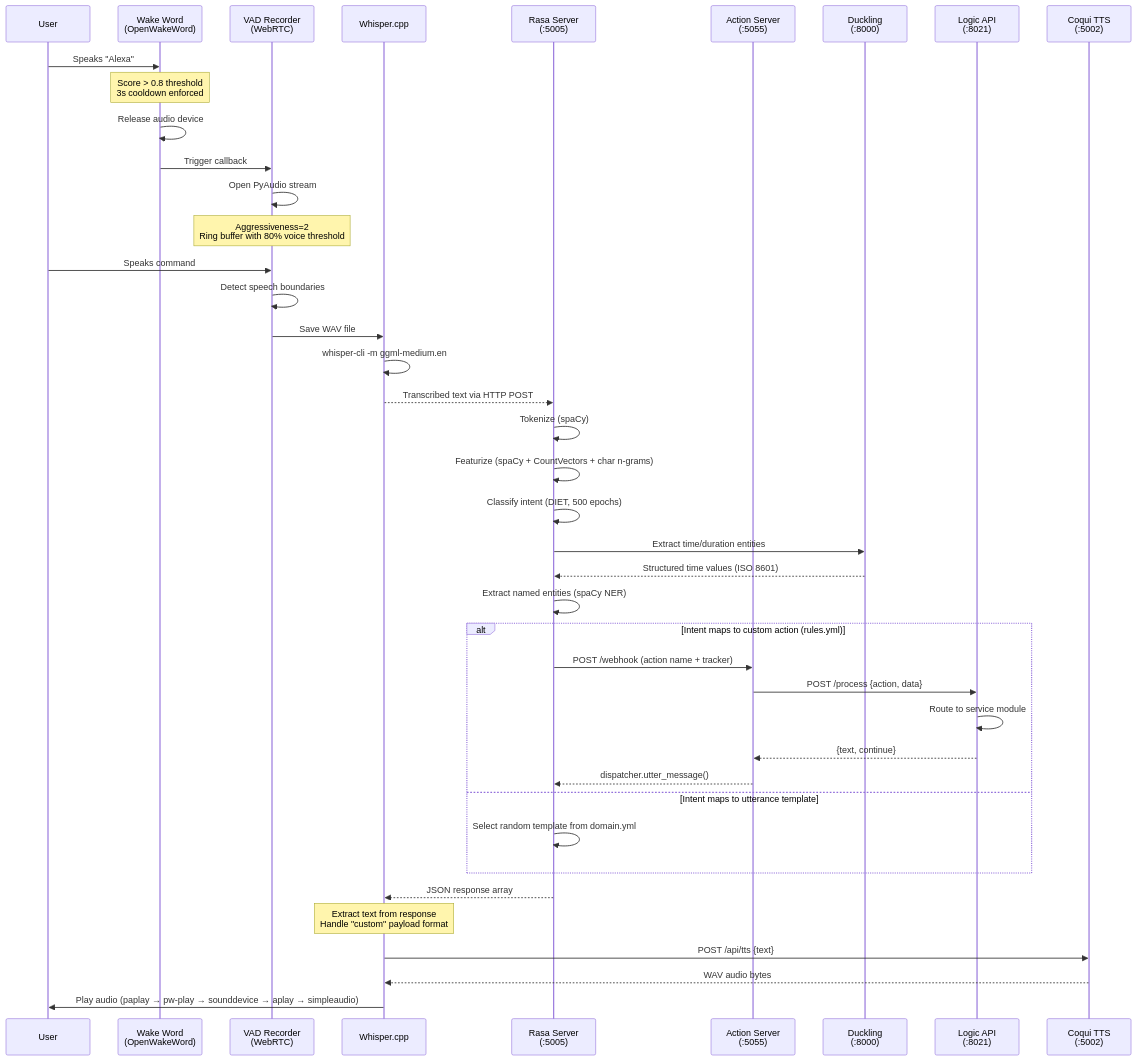
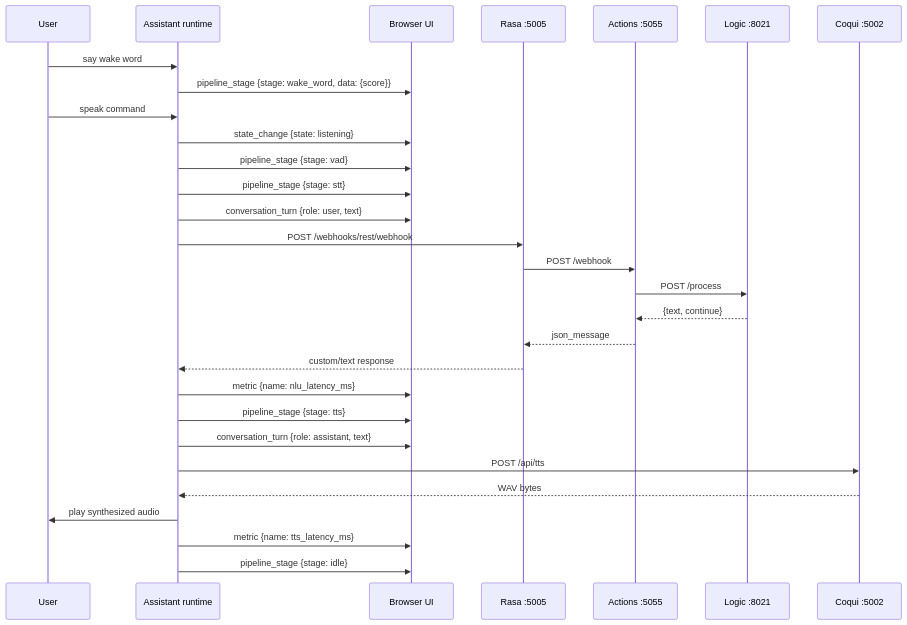
One commit to kumawat-aditya/elisa-assistant changed the second of 5 diagrams in docs/ARCHITECTURE.md. Above: the diagram before and after it, drawn with Mermaid. The commit also changed other lines of this file and 4 other files, not shown here.

````diff
--- a/docs/ARCHITECTURE.md
+++ b/docs/ARCHITECTURE.md
@@ -103,50 +114,36 @@
 ```mermaid
 sequenceDiagram
     participant User
-    participant WakeWord as Wake Word<br/>(OpenWakeWord)
-    participant VAD as VAD Recorder<br/>(WebRTC)
-    participant STT as Whisper.cpp
-    participant Rasa as Rasa Server<br/>(:5005)
-    participant Actions as Action Server<br/>(:5055)
-    participant Duckling as Duckling<br/>(:8000)
-    participant Logic as Logic API<br/>(:8021)
-    participant TTS as Coqui TTS<br/>(:5002)
+    participant Assistant as Assistant runtime
+    participant Browser as Browser UI
+    participant Rasa as Rasa :5005
+    participant Actions as Actions :5055
+    participant Logic as Logic :8021
+    participant TTS as Coqui :5002
 
-    User->>WakeWord: Speaks "Alexa"
-    Note over WakeWord: Score > 0.8 threshold<br/>3s cooldown enforced
-    WakeWord->>WakeWord: Release audio device
-    WakeWord->>VAD: Trigger callback
+    User->>Assistant: say wake word
+    Assistant->>Browser: pipeline_stage {stage: wake_word, data: {score}}
 
-    VAD->>VAD: Open PyAudio stream
-    Note over VAD: Aggressiveness=2<br/>Ring buffer with 80% voice threshold
-    User->>VAD: Speaks command
-    VAD->>VAD: Detect speech boundaries
-    VAD->>STT: Save WAV file
+    User->>Assistant: speak command
+    Assistant->>Browser: state_change {state: listening}
+    Assistant->>Browser: pipeline_stage {stage: vad}
+    Assistant->>Browser: pipeline_stage {stage: stt}
+    Assistant->>Browser: conversation_turn {role: user, text}
 
-    STT->>STT: whisper-cli -m ggml-medium.en
-    STT-->>Rasa: Transcribed text via HTTP POST
+    Assistant->>Rasa: POST /webhooks/rest/webhook
+    Rasa->>Actions: POST /webhook
+    Actions->>Logic: POST /process
+    Logic-->>Actions: {text, continue}
+    Actions-->>Rasa: json_message
+    Rasa-->>Assistant: custom/text response
 
-    Rasa->>Rasa: Tokenize (spaCy)
-    Rasa->>Rasa: Featurize (spaCy + CountVectors + char n-grams)
-    Rasa->>Rasa: Classify intent (DIET, 500 epochs)
-    Rasa->>Duckling: Extract time/duration entities
-    Duckling-->>Rasa: Structured time values (ISO 8601)
-    Rasa->>Rasa: Extract named entities (spaCy NER)
+    Assistant->>Browser: metric {name: nlu_latency_ms}
+    Assistant->>Browser: pipeline_stage {stage: tts}
+    Assistant->>Browser: conversation_turn {role: assistant, text}
 
-    alt Intent maps to custom action (rules.yml)
-        Rasa->>Actions: POST /webhook (action name + tracker)
-        Actions->>Logic: POST /process {action, data}
-        Logic->>Logic: Route to service module
-        Logic-->>Actions: {text, continue}
-        Actions-->>Rasa: dispatcher.utter_message()
-    else Intent maps to utterance template
-        Rasa->>Rasa: Select random template from domain.yml
-    end
-
-    Rasa-->>STT: JSON response array
-    Note over STT: Extract text from response<br/>Handle "custom" payload format
-
-    STT->>TTS: POST /api/tts {text}
-    TTS-->>STT: WAV audio bytes
-    STT->>User: Play audio (paplay → pw-play → sounddevice → aplay → simpleaudio)
+    Assistant->>TTS: POST /api/tts
+    TTS-->>Assistant: WAV bytes
+    Assistant->>User: play synthesized audio
+    Assistant->>Browser: metric {name: tts_latency_ms}
+    Assistant->>Browser: pipeline_stage {stage: idle}
 ```
````
